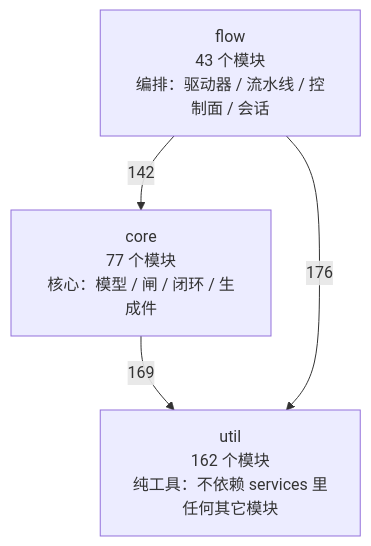
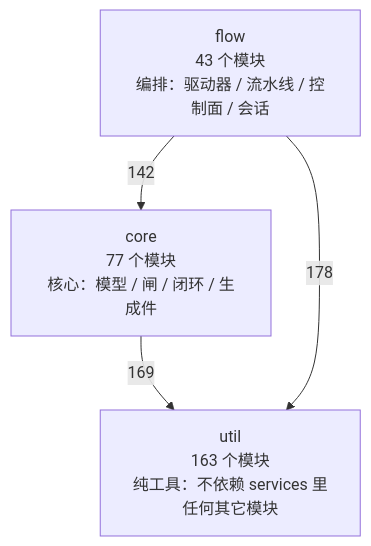
One commit to 2686521696/WhyBuddy changed the first of 4 diagrams in docs/SlideRule V6.2 架构图（自动生成）.md. Above: the diagram before and after it, drawn with Mermaid. The commit also changed other lines of this file and 27 other files, not shown here.

````diff
--- a/docs/SlideRule V6.2 架构图（自动生成）.md
+++ b/docs/SlideRule V6.2 架构图（自动生成）.md
@@ -50,9 +50,9 @@
 ```mermaid
 flowchart TB
-  util["util<br/>162 个模块<br/>纯工具：不依赖 services 里任何其它模块"]
+  util["util<br/>163 个模块<br/>纯工具：不依赖 services 里任何其它模块"]
   core["core<br/>77 个模块<br/>核心：模型 / 闸 / 闭环 / 生成件"]
   flow["flow<br/>43 个模块<br/>编排：驱动器 / 流水线 / 控制面 / 会话"]
   core -->|169| util
   flow -->|142| core
-  flow -->|176| util
+  flow -->|178| util
 ```
````
